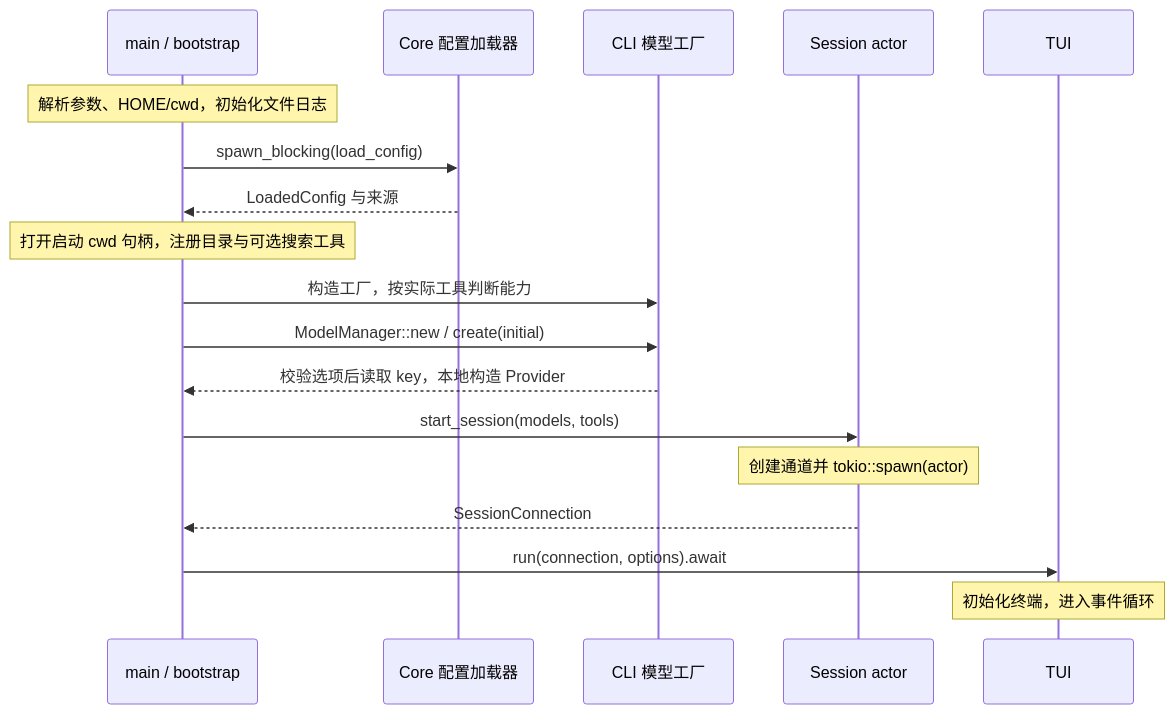
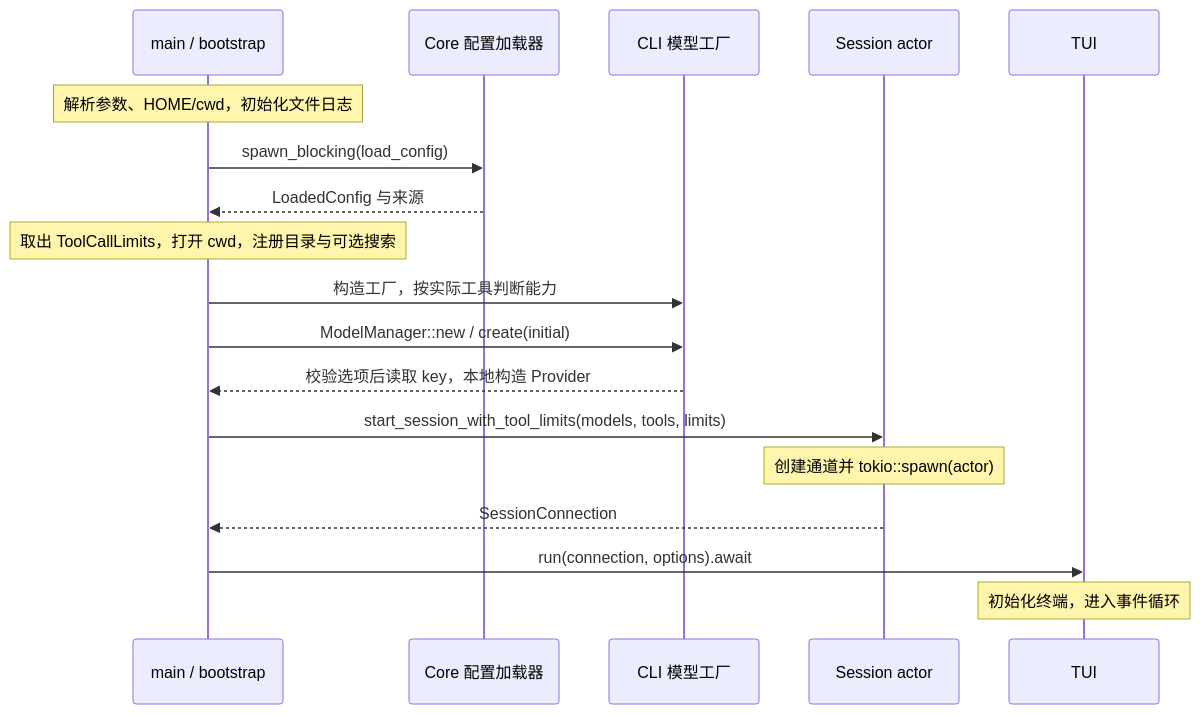
The first of 3 diagrams in docs/architecture/runtime-flows.md (AegeanZhang/vortex), drawn with Mermaid before and after one commit. The commit also changed other lines of this file and 31 other files, not shown here.

````diff
--- a/docs/architecture/runtime-flows.md
+++ b/docs/architecture/runtime-flows.md
@@ -8,20 +8,20 @@
 ```mermaid
 sequenceDiagram
     participant CLI as main / bootstrap
     participant Config as Core 配置加载器
     participant Factory as CLI 模型工厂
     participant Session as Session actor
     participant UI as TUI
     Note over CLI: 解析参数、HOME/cwd，初始化文件日志
     CLI->>Config: spawn_blocking(load_config)
     Config-->>CLI: LoadedConfig 与来源
-    Note over CLI: 打开启动 cwd 句柄，注册目录与可选搜索工具
+    Note over CLI: 取出 ToolCallLimits，打开 cwd，注册目录与可选搜索
     CLI->>Factory: 构造工厂，按实际工具判断能力
     CLI->>Factory: ModelManager::new / create(initial)
     Factory-->>CLI: 校验选项后读取 key，本地构造 Provider
-    CLI->>Session: start_session(models, tools)
+    CLI->>Session: start_session_with_tool_limits(models, tools, limits)
     Note over Session: 创建通道并 tokio::spawn(actor)
     Session-->>CLI: SessionConnection
     CLI->>UI: run(connection, options).await
     Note over UI: 初始化终端，进入事件循环
 ```
````
